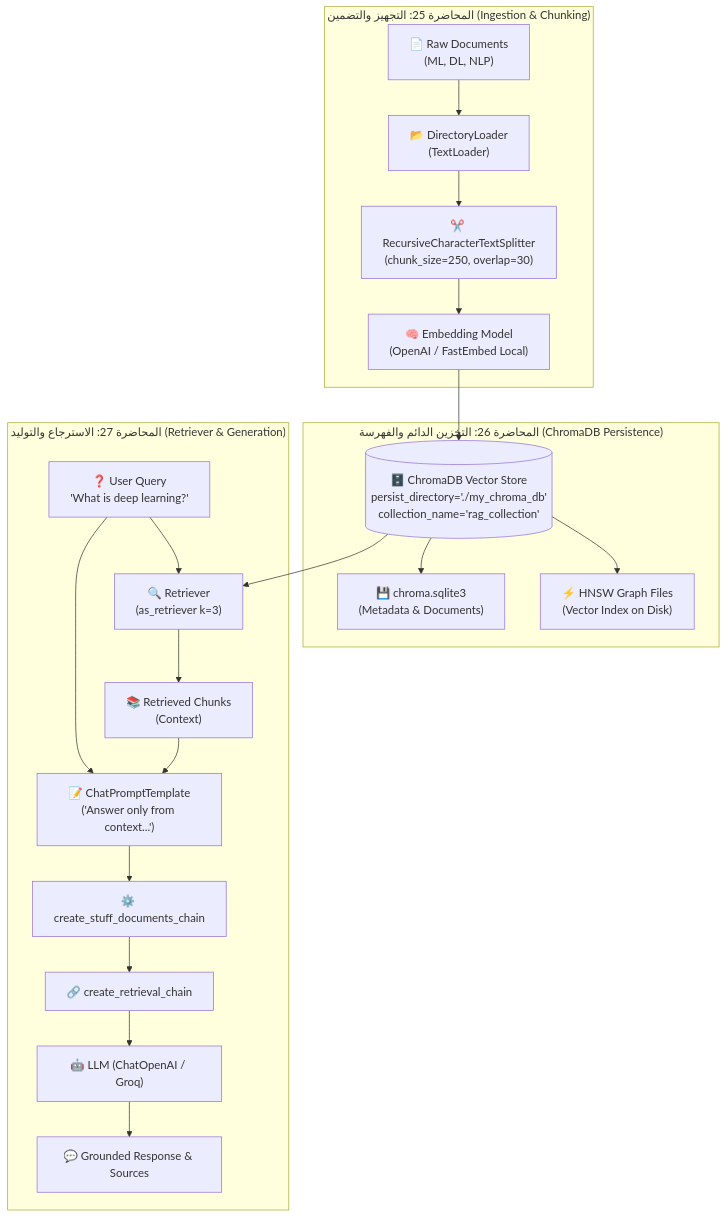
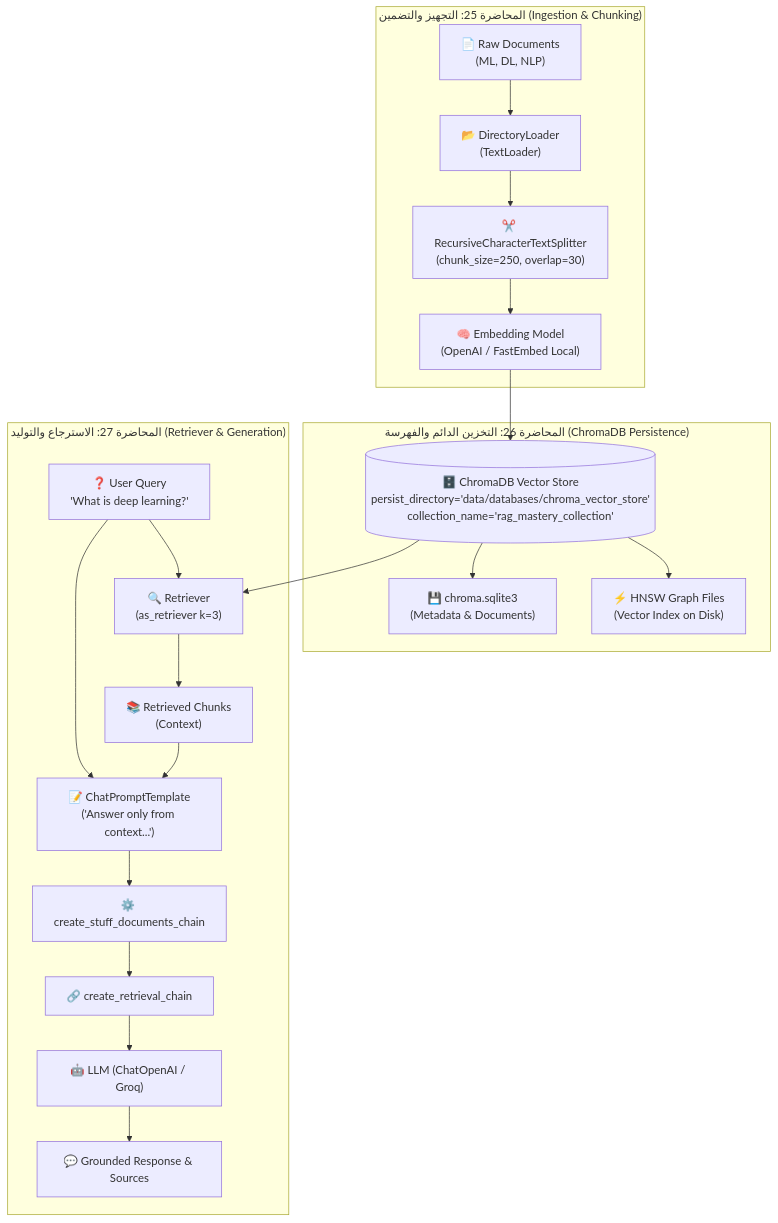
One commit to ali-abofouda/RAG-Mastery changed the diagram in stages/03-vector-stores-and-databases/02-traditional-rag-chromadb/README.md. Above: the diagram before and after it, drawn with Mermaid. The commit also changed other lines of this file and 5 other files, not shown here.

Commit message:
Refactor ChromaDB paths to use centralized data directory data/databases/ and clean root

````diff
--- a/stages/03-vector-stores-and-databases/02-traditional-rag-chromadb/README.md
+++ b/stages/03-vector-stores-and-databases/02-traditional-rag-chromadb/README.md
@@ -25,26 +25,26 @@
 ```mermaid
 flowchart TD
     subgraph Part1 ["المحاضرة 25: التجهيز والتضمين (Ingestion & Chunking)"]
         D1["📄 Raw Documents\n(ML, DL, NLP)"] --> D2["📂 DirectoryLoader\n(TextLoader)"]
         D2 --> S1["✂️ RecursiveCharacterTextSplitter\n(chunk_size=250, overlap=30)"]
         S1 --> E1["🧠 Embedding Model\n(OpenAI / FastEmbed Local)"]
     end
 
     subgraph Part2 ["المحاضرة 26: التخزين الدائم والفهرسة (ChromaDB Persistence)"]
-        E1 --> V1[("🗄️ ChromaDB Vector Store\npersist_directory='./my_chroma_db'\ncollection_name='rag_collection'")]
+        E1 --> V1[("🗄️ ChromaDB Vector Store\npersist_directory='data/databases/chroma_vector_store'\ncollection_name='rag_mastery_collection'")]
         V1 --> DB1["💾 chroma.sqlite3\n(Metadata & Documents)"]
         V1 --> DB2["⚡ HNSW Graph Files\n(Vector Index on Disk)"]
     end
 
     subgraph Part3 ["المحاضرة 27: الاسترجاع والتوليد (Retriever & Generation)"]
         V1 --> RET["🔍 Retriever\n(as_retriever k=3)"]
         Q["❓ User Query\n'What is deep learning?'"] --> RET
         RET --> CHUNKS["📚 Retrieved Chunks\n(Context)"]
         
         CHUNKS & Q --> PMT["📝 ChatPromptTemplate\n('Answer only from context...')"]
         PMT --> CHN["⚙️ create_stuff_documents_chain"]
         CHN --> RAG["🔗 create_retrieval_chain"]
         RAG --> LLM["🤖 LLM (ChatOpenAI / Groq)"]
         LLM --> OUT["💬 Grounded Response & Sources"]
     end
 ```
````
